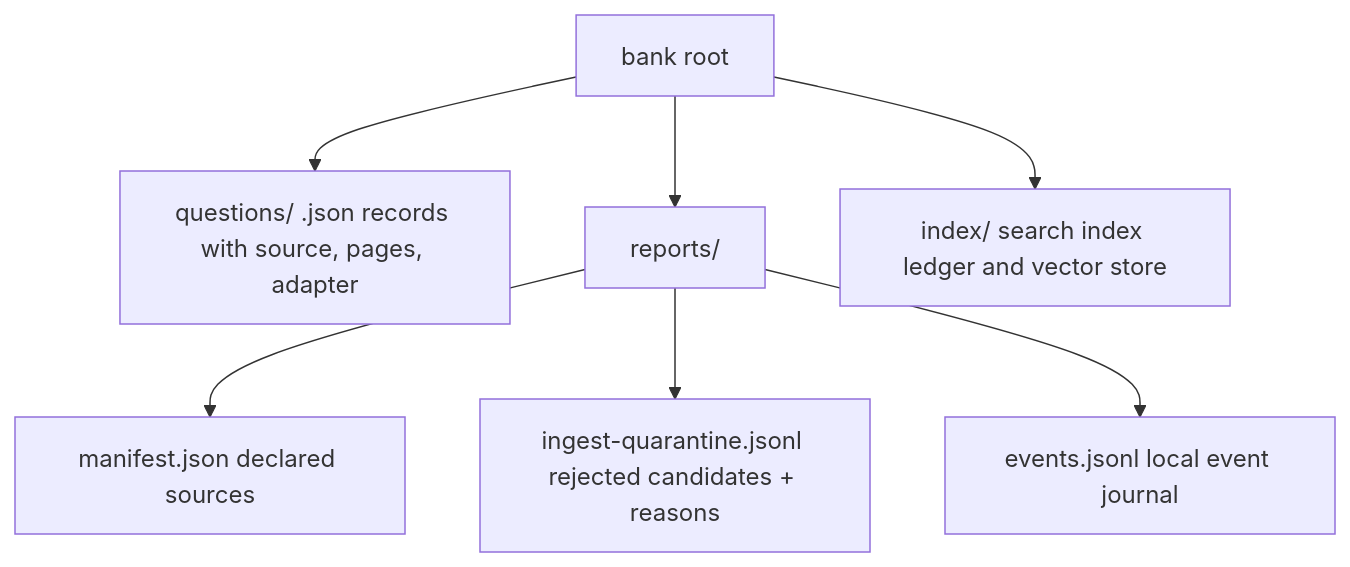
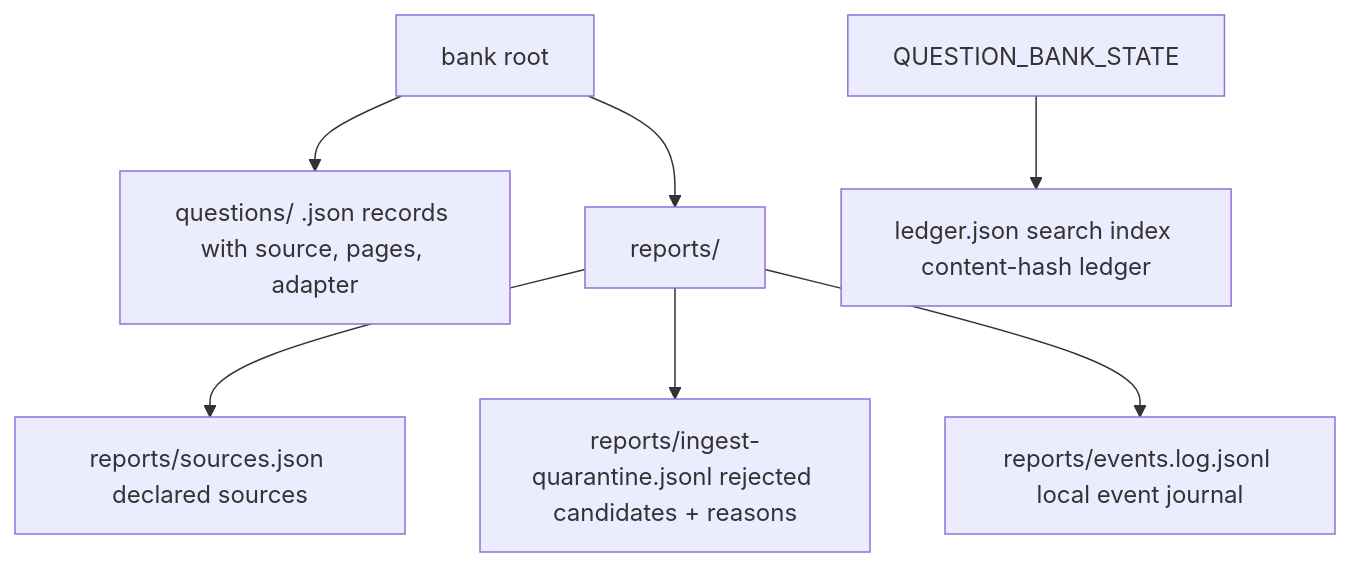
One commit to marcosconci1/question-bank changed the fourth of 4 diagrams in wiki/Architecture.md. Above: the diagram before and after it, drawn with Mermaid. The commit also changed other lines of this file and 35 other files, not shown here.

````diff
--- a/wiki/Architecture.md
+++ b/wiki/Architecture.md
@@ -96,9 +98,9 @@
 ```mermaid
 graph TD
-  B[bank root] --> Q[questions/ .json records with source, pages, adapter]
-  B --> R[reports/]
-  R --> MA[manifest.json declared sources]
-  R --> QA[ingest-quarantine.jsonl rejected candidates + reasons]
-  R --> EV[events.jsonl local event journal]
-  B --> I[index/ search index ledger and vector store]
+  B[bank root] --> Q["questions/ .json records with source, pages, adapter"]
+  B --> R["reports/"]
+  R --> MA["reports/sources.json declared sources"]
+  R --> QA["reports/ingest-quarantine.jsonl rejected candidates + reasons"]
+  R --> EV["reports/events.log.jsonl local event journal"]
+  S[QUESTION_BANK_STATE] --> L["ledger.json search index content-hash ledger"]
 ```
````
